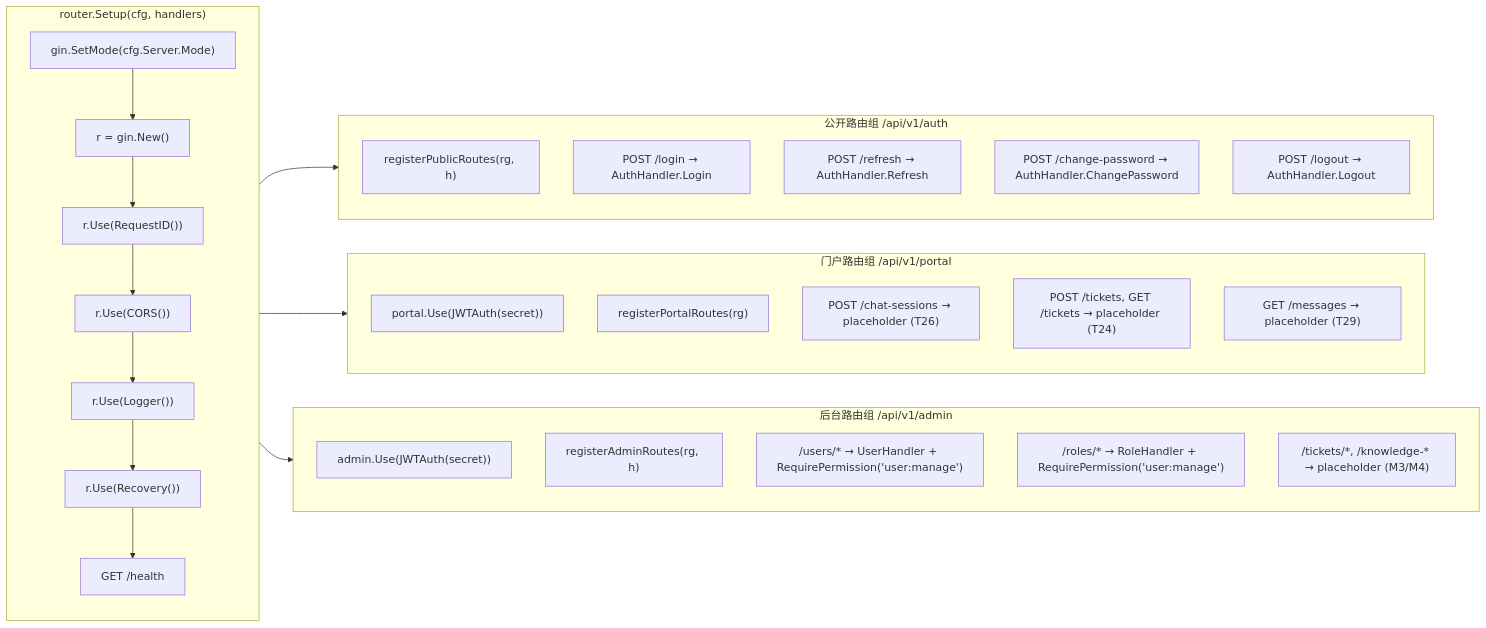
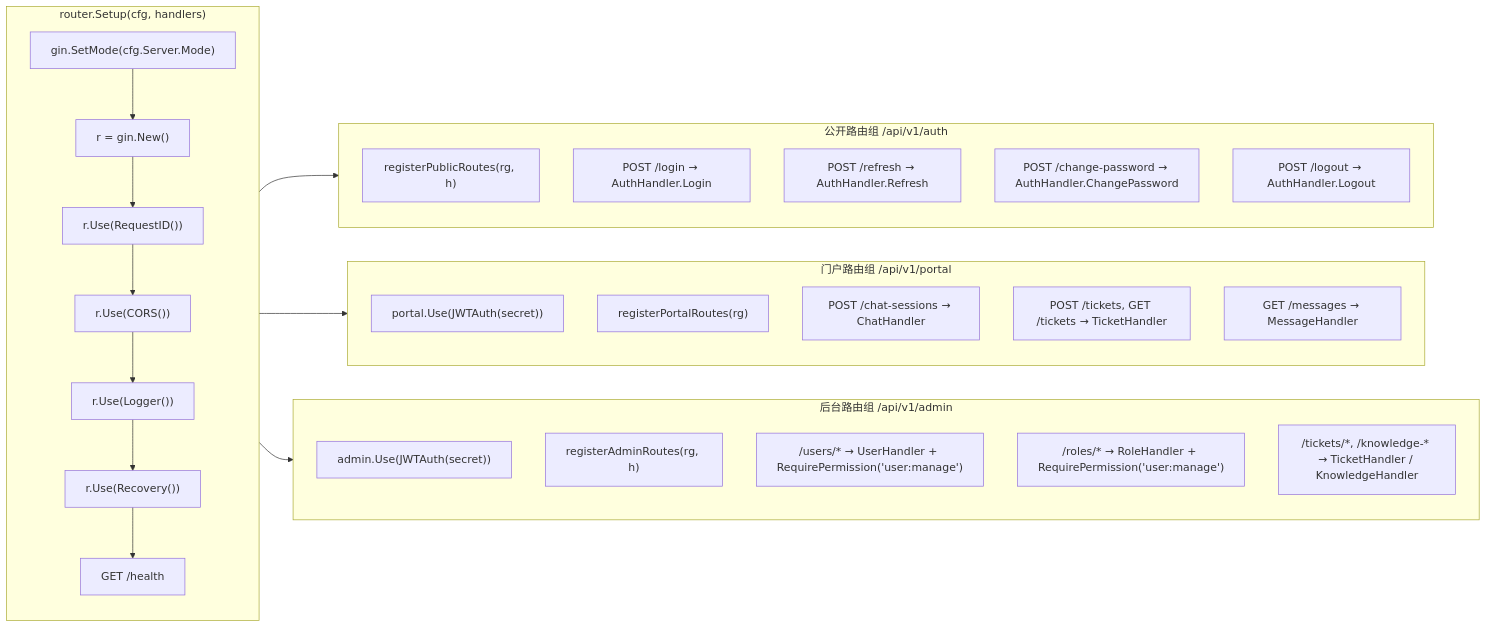
The second of 4 diagrams in docs/diagrams/request-lifecycle.md (hua-2005/OpsMind), drawn with Mermaid before and after one commit. The commit also changed other lines of this file and 46 other files, not shown here.

````diff
--- a/docs/diagrams/request-lifecycle.md
+++ b/docs/diagrams/request-lifecycle.md
@@ -73,43 +72,43 @@
 ```mermaid
 flowchart LR
     subgraph Router["router.Setup(cfg, handlers)"]
         direction TB
         S1["gin.SetMode(cfg.Server.Mode)"]
         S2["r = gin.New()"]
         S3["r.Use(RequestID())"]
         S4["r.Use(CORS())"]
         S5["r.Use(Logger())"]
         S6["r.Use(Recovery())"]
         S7["GET /health"]
     end
 
     S1 --> S2 --> S3 --> S4 --> S5 --> S6 --> S7
 
     subgraph Public["公开路由组 /api/v1/auth"]
         A1["registerPublicRoutes(rg, h)"]
         A2["POST /login → AuthHandler.Login"]
         A3["POST /refresh → AuthHandler.Refresh"]
         A4["POST /change-password → AuthHandler.ChangePassword"]
         A5["POST /logout → AuthHandler.Logout"]
     end
 
     subgraph Portal["门户路由组 /api/v1/portal"]
         P1["portal.Use(JWTAuth(secret))"]
         P2["registerPortalRoutes(rg)"]
-        P3["POST /chat-sessions → placeholder (T26)"]
-        P4["POST /tickets, GET /tickets → placeholder (T24)"]
-        P5["GET /messages → placeholder (T29)"]
+        P3["POST /chat-sessions → ChatHandler"]
+        P4["POST /tickets, GET /tickets → TicketHandler"]
+        P5["GET /messages → MessageHandler"]
     end
 
     subgraph Admin["后台路由组 /api/v1/admin"]
         D1["admin.Use(JWTAuth(secret))"]
         D2["registerAdminRoutes(rg, h)"]
         D3["/users/* → UserHandler + RequirePermission('user:manage')"]
         D4["/roles/* → RoleHandler + RequirePermission('user:manage')"]
-        D5["/tickets/*, /knowledge-* → placeholder (M3/M4)"]
+        D5["/tickets/*, /knowledge-* → TicketHandler / KnowledgeHandler"]
     end
 
     S7 --> Public
     S7 --> Portal
     S7 --> Admin
 ```
````
